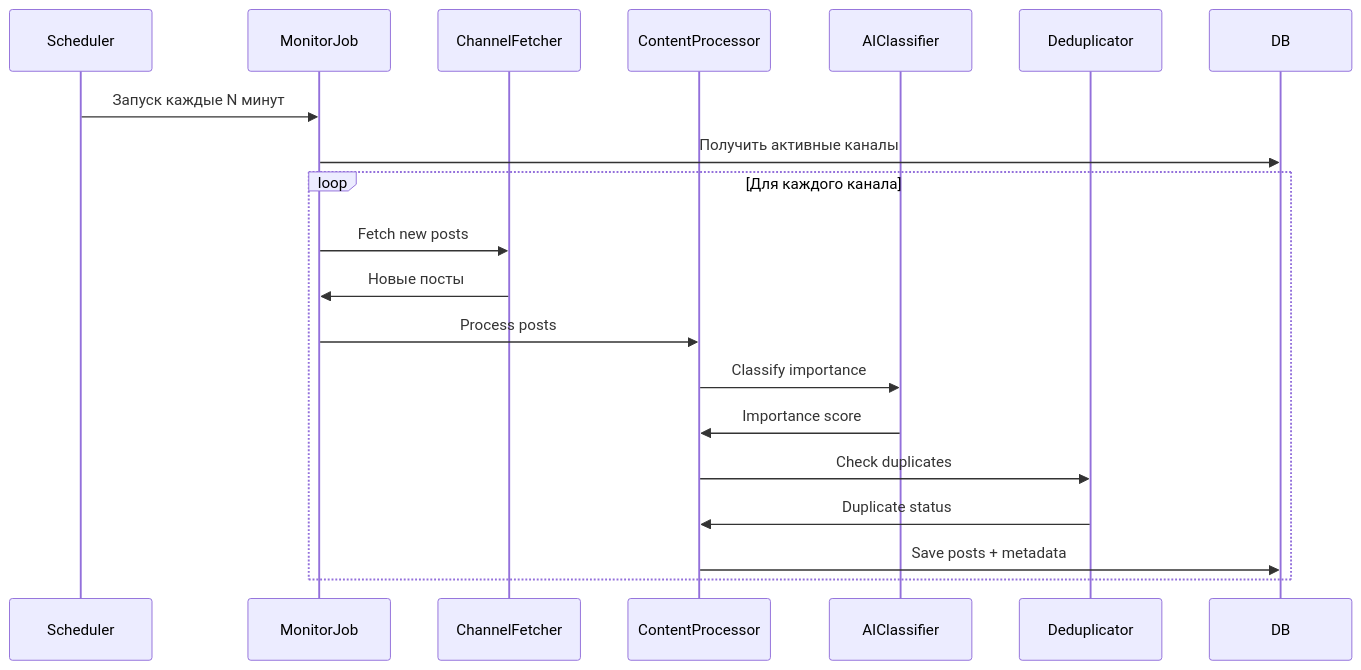
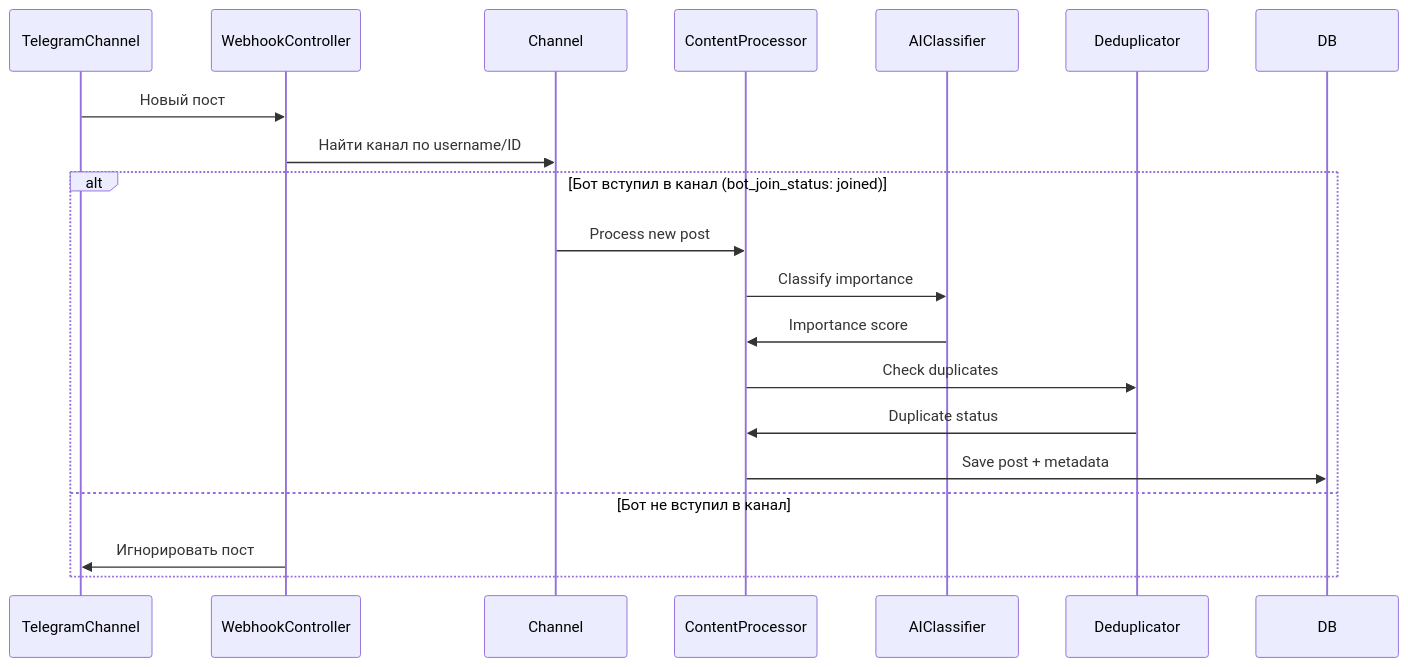
Before and after one commit to dapi/no_fluff: the fifth of 7 diagrams in docs/Architecture/c4-model.md, drawn with Mermaid. The commit also changed other lines of this file and 11 other files, not shown here.

Commit message:
Bot joins channel

````diff
--- a/docs/Architecture/c4-model.md
+++ b/docs/Architecture/c4-model.md
@@ -474,23 +510,23 @@
 ```mermaid
 sequenceDiagram
-    participant Scheduler
-    participant MonitorJob
-    participant ChannelFetcher
+    participant TelegramChannel
+    participant WebhookController
+    participant Channel
     participant ContentProcessor
     participant AIClassifier
     participant Deduplicator
     participant DB
 
-    Scheduler->>MonitorJob: Запуск каждые N минут
-    MonitorJob->>DB: Получить активные каналы
-    loop Для каждого канала
-        MonitorJob->>ChannelFetcher: Fetch new posts
-        ChannelFetcher->>MonitorJob: Новые посты
-        MonitorJob->>ContentProcessor: Process posts
+    TelegramChannel->>WebhookController: Новый пост
+    WebhookController->>Channel: Найти канал по username/ID
+    alt Бот вступил в канал (bot_join_status: joined)
+        Channel->>ContentProcessor: Process new post
         ContentProcessor->>AIClassifier: Classify importance
         AIClassifier->>ContentProcessor: Importance score
         ContentProcessor->>Deduplicator: Check duplicates
         Deduplicator->>ContentProcessor: Duplicate status
-        ContentProcessor->>DB: Save posts + metadata
+        ContentProcessor->>DB: Save post + metadata
+    else Бот не вступил в канал
+        WebhookController->>TelegramChannel: Игнорировать пост
     end
 ```
````
